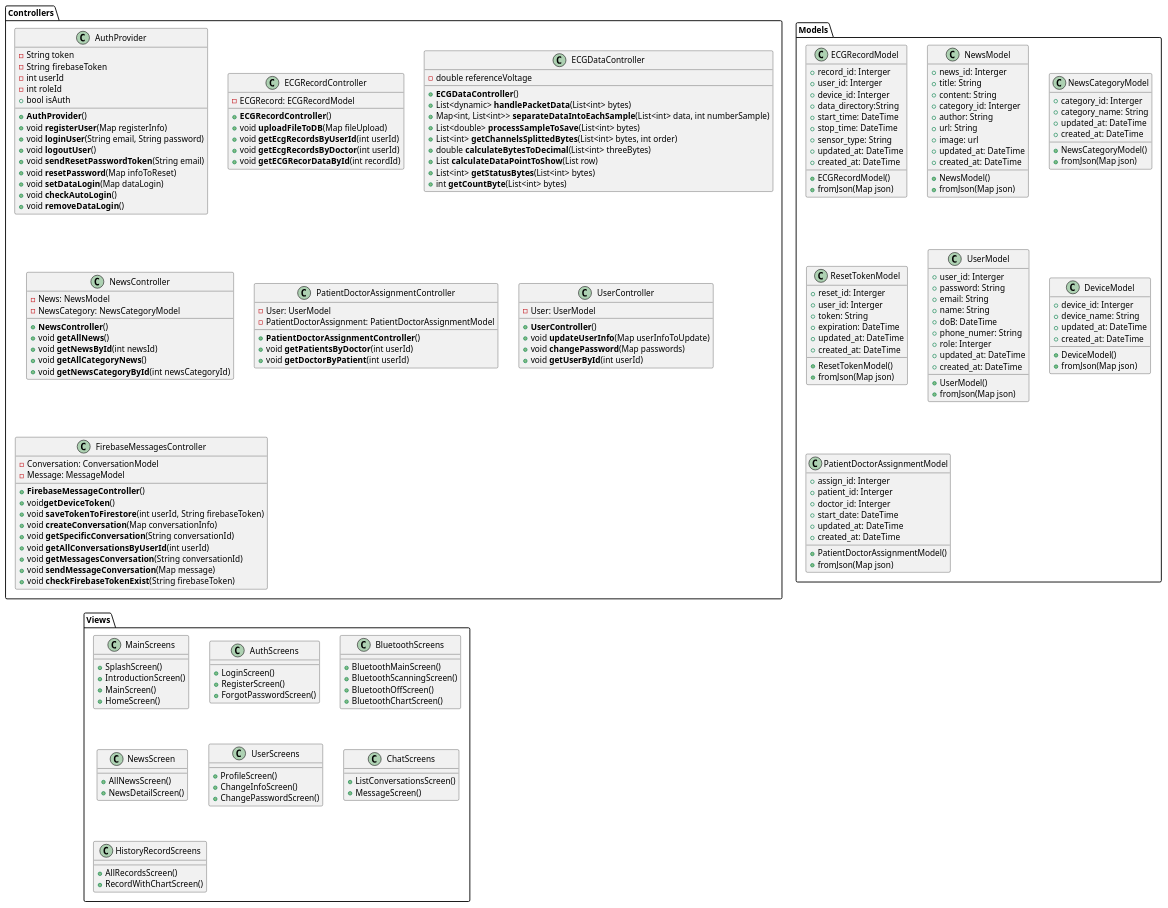
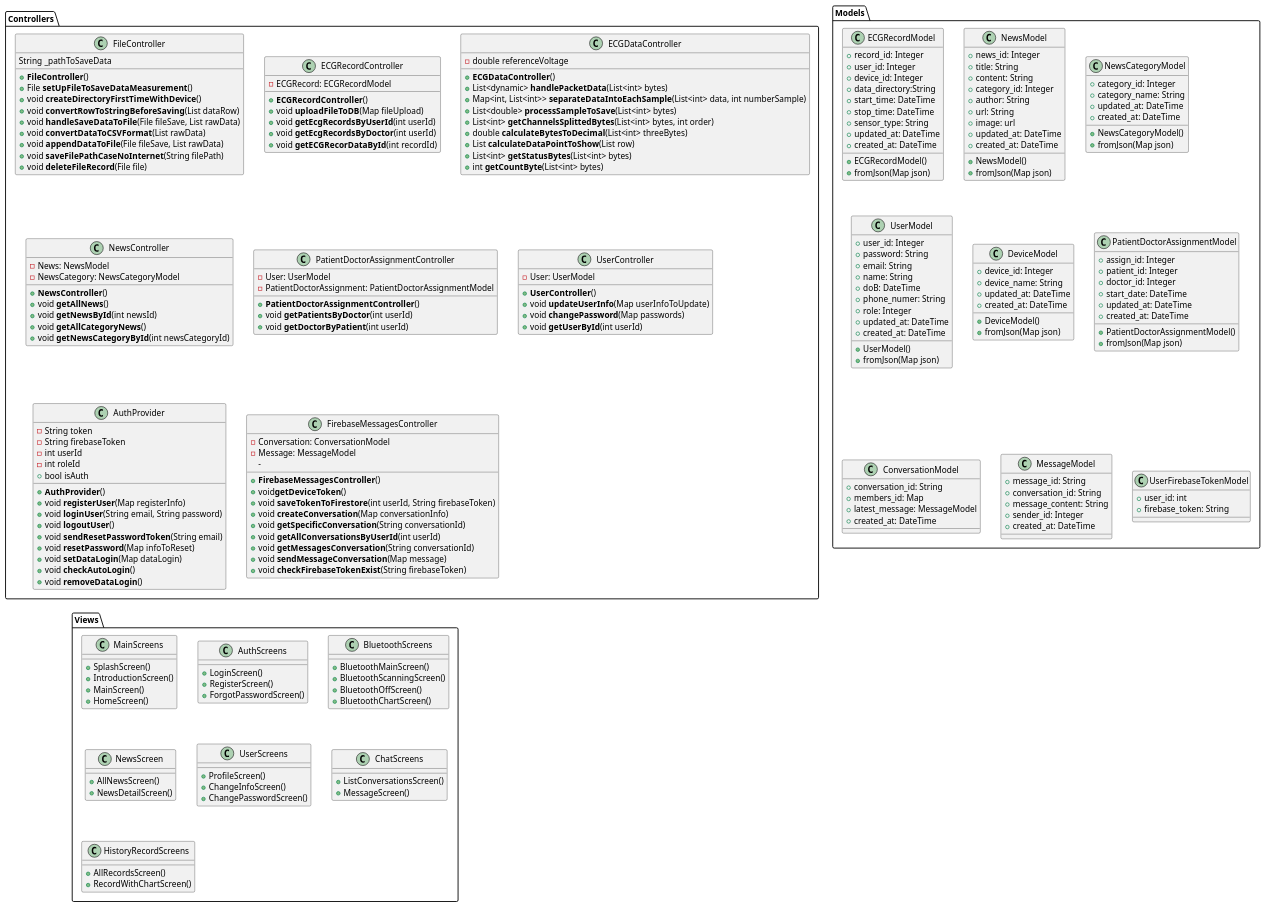
The diagram in diagram/class/mobile_app/class.pu (techcomrade/fmECG), drawn with PlantUML before and after one commit. The commit also changed 5 other files, not shown here.

Commit message:
improve(thesis): fix class diagram with add todo tree

```diff
--- a/diagram/class/mobile_app/class.pu
+++ b/diagram/class/mobile_app/class.pu
@@ -2,22 +2,18 @@
 ' Define class
 
 package Controllers {
-    class AuthProvider {
-        - String token
-        - String firebaseToken
-        - int userId
-        - int roleId
-        + bool isAuth
+    class FileController {
+        String _pathToSaveData
 
-        + **AuthProvider**()
-        + void **registerUser**(Map registerInfo)
-        + void **loginUser**(String email, String password)
-        + void **logoutUser**()
-        + void **sendResetPasswordToken**(String email)
-        + void **resetPassword**(Map infoToReset)
-        + void **setDataLogin**(Map dataLogin)
-        + void **checkAutoLogin**()
-        + void **removeDataLogin**()
+        + **FileController**()
+        + File **setUpFileToSaveDataMeasurement**()
+        + void **createDirectoryFirstTimeWithDevice**()
+        + void **convertRowToStringBeforeSaving**(List dataRow)
+        + void **handleSaveDataToFile**(File fileSave, List rawData)
+        + void **convertDataToCSVFormat**(List rawData)
+        + void **appendDataToFile**(File fileSave, List rawData)
+        + void **saveFilePathCaseNoInternet**(String filePath)
+        + void **deleteFileRecord**(File file)
     }
 
     class ECGRecordController {
@@ -73,11 +69,30 @@
 
     }
 
+    class AuthProvider {
+        - String token
+        - String firebaseToken
+        - int userId
+        - int roleId
+        + bool isAuth
+
+        + **AuthProvider**()
+        + void **registerUser**(Map registerInfo)
+        + void **loginUser**(String email, String password)
+        + void **logoutUser**()
+        + void **sendResetPasswordToken**(String email)
+        + void **resetPassword**(Map infoToReset)
+        + void **setDataLogin**(Map dataLogin)
+        + void **checkAutoLogin**()
+        + void **removeDataLogin**()
+    }
+
     class FirebaseMessagesController  {
         - Conversation: ConversationModel
         - Message: MessageModel
+        - 
         
-        + **FirebaseMessageController**()
+        + **FirebaseMessagesController**()
         + void**getDeviceToken**()
         + void **saveTokenToFirestore**(int userId, String firebaseToken)
         + void **createConversation**(Map conversationInfo)
@@ -92,9 +107,9 @@
 
 package Models {
     class ECGRecordModel {
-        + record_id: Interger
-        + user_id: Interger
-        + device_id: Interger
+        + record_id: Integer
+        + user_id: Integer
+        + device_id: Integer
         + data_directory:String
         + start_time: DateTime
         + stop_time: DateTime
@@ -108,10 +123,10 @@
     }
 
     class NewsModel {
-        + news_id: Interger
+        + news_id: Integer
         + title: String
         + content: String
-        + category_id: Interger
+        + category_id: Integer
         + author: String
         + url: String
         + image: url
@@ -123,7 +138,7 @@
     }
 
     class NewsCategoryModel {
-        + category_id: Interger
+        + category_id: Integer
         + category_name: String
         + updated_at: DateTime
         + created_at: DateTime
@@ -133,27 +148,14 @@
 
     }
 
-    class ResetTokenModel {
-        + reset_id: Interger
-        + user_id: Interger
-        + token: String
-        + expiration: DateTime
-        + updated_at: DateTime
-        + created_at: DateTime
-
-        + ResetTokenModel()
-        + fromJson(Map json)
-
-    }
-
     class UserModel {
-        + user_id: Interger
+        + user_id: Integer
         + password: String
         + email: String
         + name: String
         + doB: DateTime
         + phone_numer: String
-        + role: Interger
+        + role: Integer
         + updated_at: DateTime
         + created_at: DateTime
 
@@ -163,7 +165,7 @@
     }
 
     class DeviceModel {
-        + device_id: Interger
+        + device_id: Integer
         + device_name: String
         + updated_at: DateTime
         + created_at: DateTime
@@ -174,9 +176,9 @@
     }
 
     class PatientDoctorAssignmentModel {
-        + assign_id: Interger
-        + patient_id: Interger
-        + doctor_id: Interger
+        + assign_id: Integer
+        + patient_id: Integer
+        + doctor_id: Integer
         + start_date: DateTime
         + updated_at: DateTime
         + created_at: DateTime
@@ -184,7 +186,26 @@
         + PatientDoctorAssignmentModel()
         + fromJson(Map json)
     }
+    
+    class ConversationModel {
+      + conversation_id: String
+      + members_id: Map
+      + latest_message: MessageModel
+      + created_at: DateTime
+    }
 
+    class MessageModel {
+      + message_id: String
+      + conversation_id: String
+      + message_content: String
+      + sender_id: Integer
+      + created_at: DateTime
+    }
+
+    class UserFirebaseTokenModel {
+      + user_id: int
+      + firebase_token: String
+    }
 }
 
 package Views {
```
